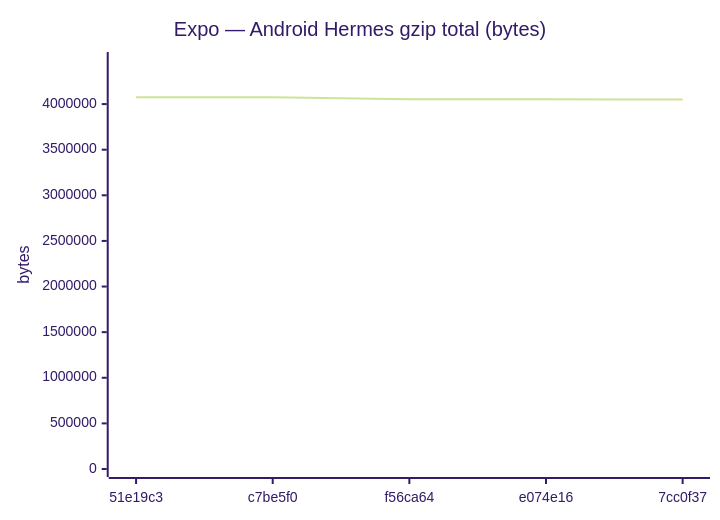
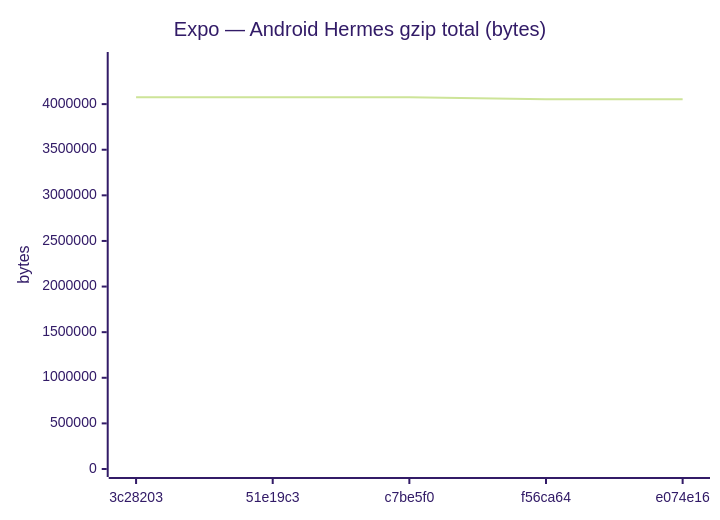
One commit to Metaheurist/Rianell changed diagram 11 of 18 in benchmarks/compare.md. Above: the diagram before and after it, drawn with Mermaid (forest theme). The commit also changed other lines of this file and 11 other files, not shown here.

````diff
--- a/benchmarks/compare.md
+++ b/benchmarks/compare.md
@@ -172,7 +172,7 @@
 ```mermaid
 xychart-beta
     title "Expo — Android Hermes gzip total (bytes)"
-    x-axis ["51e19c3", "c7be5f0", "f56ca64", "e074e16", "7cc0f37"]
-    y-axis "bytes" 0 --> 4483143
-    line [4075584, 4075582, 4052821, 4052813, 4049448]
+    x-axis ["3c28203", "51e19c3", "c7be5f0", "f56ca64", "e074e16"]
+    y-axis "bytes" 0 --> 4483679
+    line [4076071, 4075584, 4075582, 4052821, 4052813]
 ```
````
